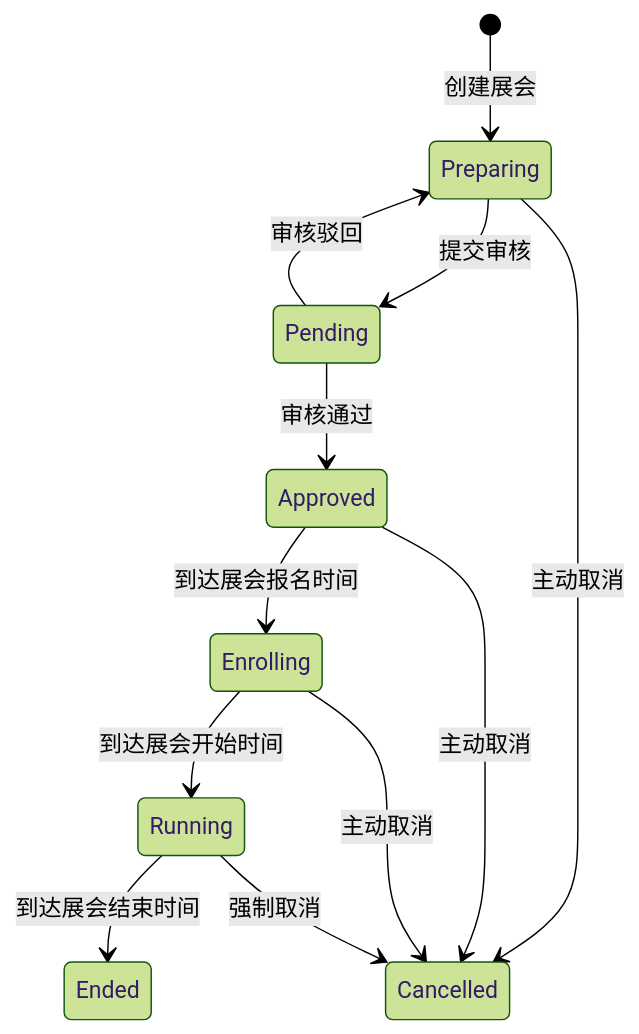
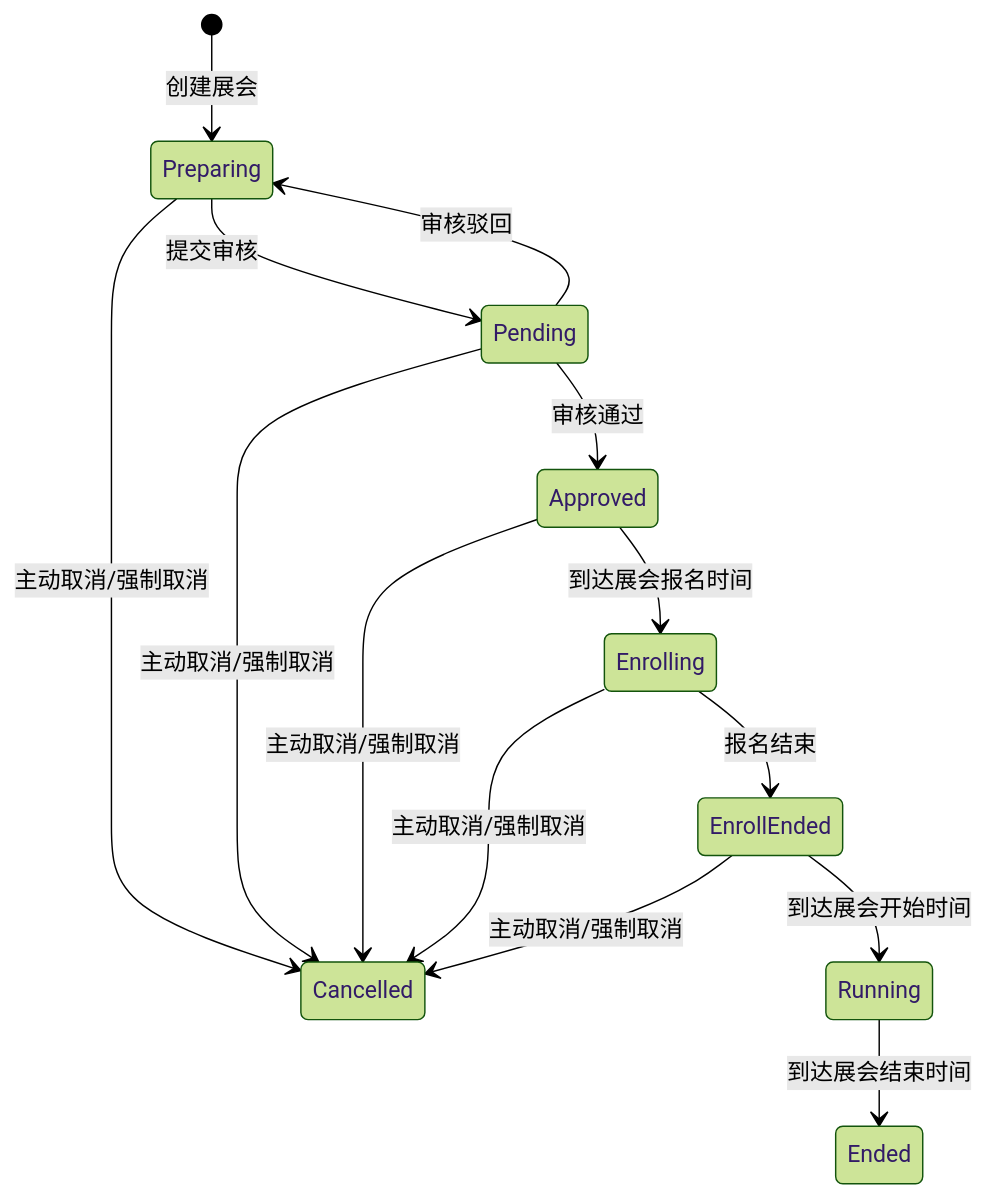
Before and after one commit to yyboo586/ExhibitionService: the fourth of 4 diagrams in README.md, drawn with Mermaid (forest theme). The commit also changed other lines of this file and 24 other files, not shown here.

````diff
--- a/README.md
+++ b/README.md
@@ -182,19 +153,22 @@
 ```mermaid
 stateDiagram-v2
 [*] --> Preparing: 创建展会
 
 Preparing --> Pending: 提交审核
-Preparing --> Cancelled: 主动取消
+Preparing --> Cancelled: 主动取消/强制取消
 
 Pending --> Approved: 审核通过
 Pending --> Preparing: 审核驳回
+Pending --> Cancelled: 主动取消/强制取消
 
 Approved --> Enrolling: 到达展会报名时间
-Approved --> Cancelled: 主动取消
+Approved --> Cancelled: 主动取消/强制取消
 
-Enrolling --> Running: 到达展会开始时间
-Enrolling --> Cancelled: 主动取消
+Enrolling --> EnrollEnded: 报名结束
+Enrolling --> Cancelled: 主动取消/强制取消
+
+EnrollEnded --> Running: 到达展会开始时间
+EnrollEnded --> Cancelled: 主动取消/强制取消
 
 Running --> Ended: 到达展会结束时间
-Running --> Cancelled: 强制取消
 ```
````
